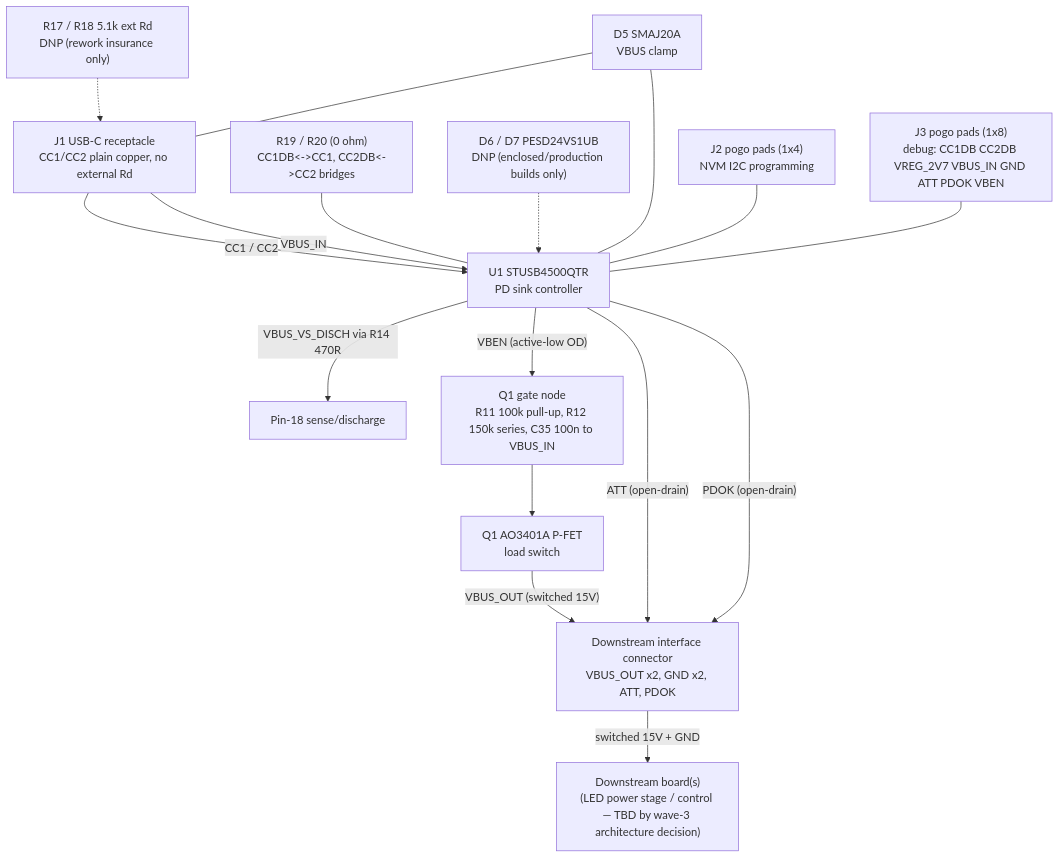
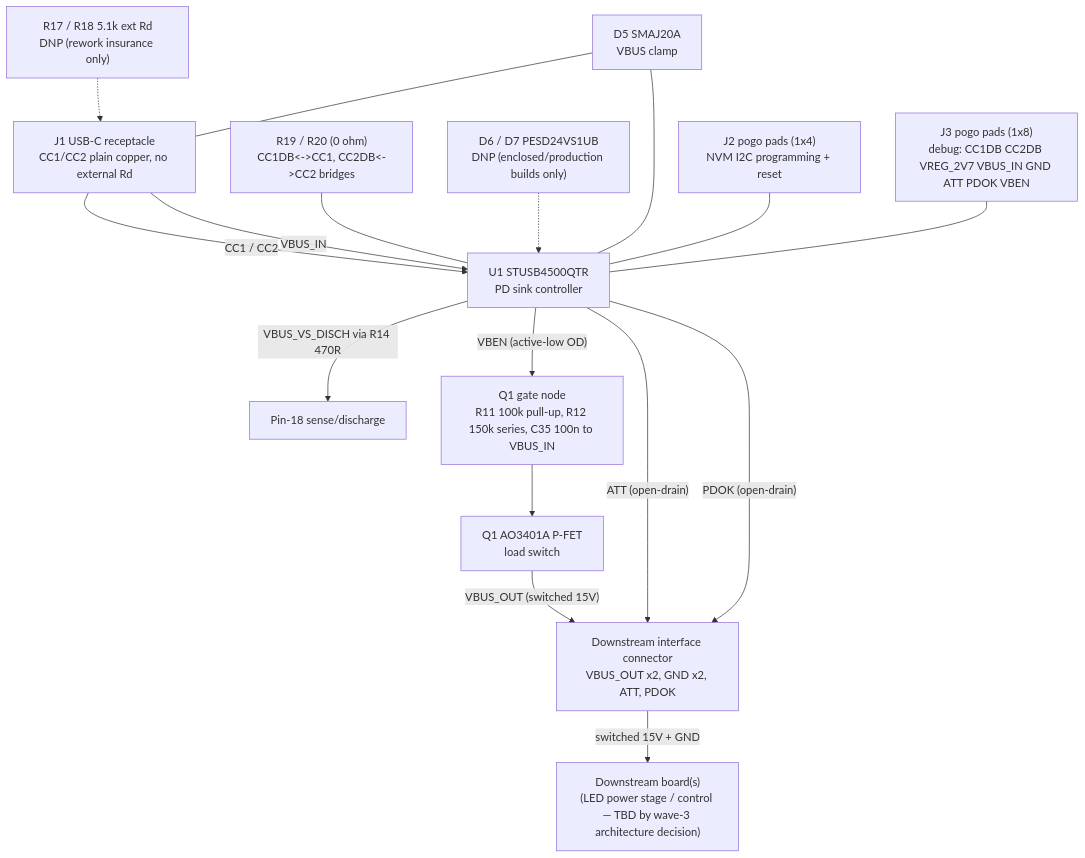
The diagram in doc/src/content/docs/power/board-p-front-end.mdx (Takazudo/zudo-led-lamp), drawn with Mermaid before and after one commit. The commit also changed other lines of this file and 3 other files, not shown here.

````diff
--- a/doc/src/content/docs/power/board-p-front-end.mdx
+++ b/doc/src/content/docs/power/board-p-front-end.mdx
@@ -50,25 +50,25 @@
 ```mermaid
 flowchart TD
   J1["J1 USB-C receptacle\nCC1/CC2 plain copper, no external Rd"] -->|"CC1 / CC2"| U1["U1 STUSB4500QTR\nPD sink controller"]
   J1 -->|"VBUS_IN"| U1
 
   DB["R19 / R20 (0 ohm)\nCC1DB<->CC1, CC2DB<->CC2 bridges"] --- U1
   RD["R17 / R18 5.1k ext Rd\nDNP (rework insurance only)"] -.-> J1
   CCESD["D6 / D7 PESD24VS1UB\nDNP (enclosed/production builds only)"] -.-> U1
 
   U1 -->|"VBUS_VS_DISCH via R14 470R"| P18["Pin-18 sense/discharge"]
   U1 -->|"VBEN (active-low OD)"| GATE["Q1 gate node\nR11 100k pull-up, R12 150k series, C35 100n to VBUS_IN"]
   GATE --> Q1["Q1 AO3401A P-FET\nload switch"]
 
   D5["D5 SMAJ20A\nVBUS clamp"] --- U1
   D5 --- J1
 
   Q1 -->|"VBUS_OUT (switched 15V)"| JOUT["Downstream interface connector\nVBUS_OUT x2, GND x2, ATT, PDOK"]
   U1 -->|"ATT (open-drain)"| JOUT
   U1 -->|"PDOK (open-drain)"| JOUT
 
-  J2["J2 pogo pads (1x4)\nNVM I2C programming"] --- U1
+  J2["J2 pogo pads (1x4)\nNVM I2C programming + reset"] --- U1
   J3["J3 pogo pads (1x8)\ndebug: CC1DB CC2DB VREG_2V7 VBUS_IN GND ATT PDOK VBEN"] --- U1
 
   JOUT -->|"switched 15V + GND"| DOWNSTREAM["Downstream board(s)\n(LED power stage / control — TBD by wave-3 architecture decision)"]
 ```
````
